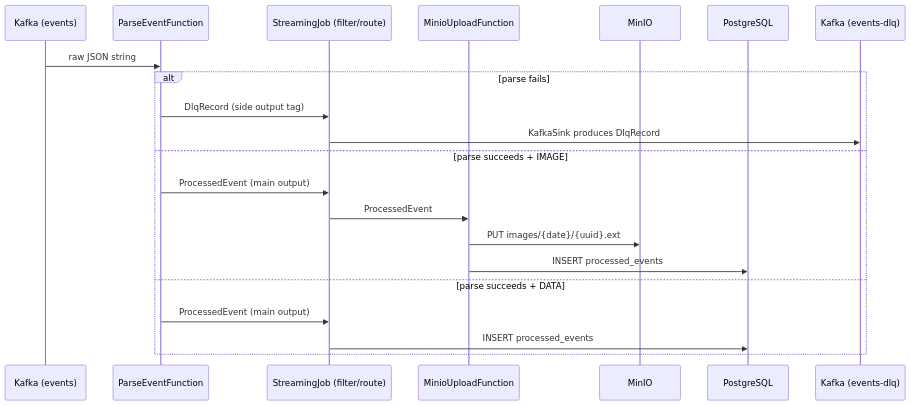
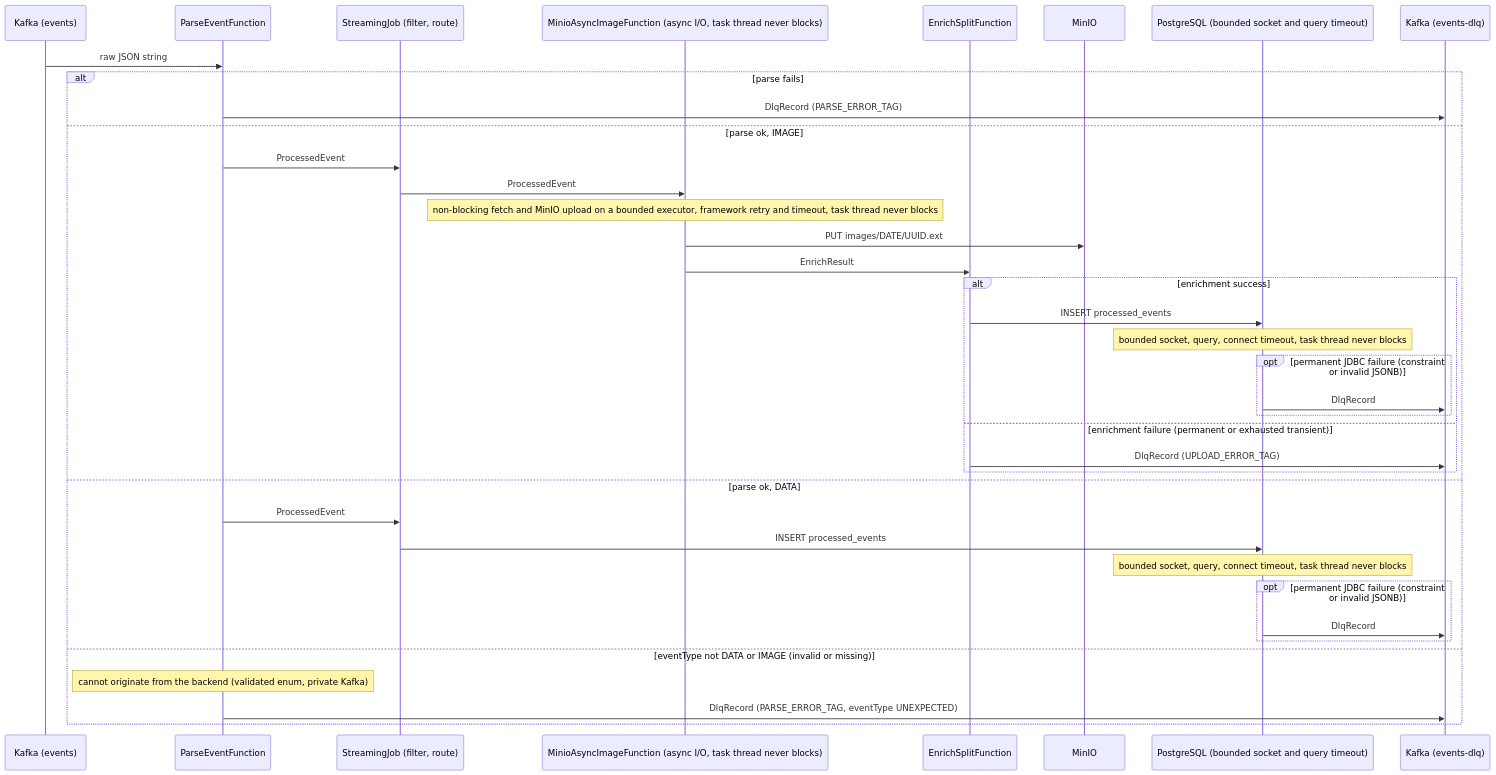
One commit to erancha/springboot-kafka-flink-postgres-minio-pipeline changed the diagram in flink/PIPELINE_FLOW.md. Above: the diagram before and after it, drawn with Mermaid. The commit also changed other lines of this file and 21 other files, not shown here.

First line of the commit message:
refactor(flink): non-blocking image enrichment; bound every external I/O path

````diff
--- a/flink/PIPELINE_FLOW.md
+++ b/flink/PIPELINE_FLOW.md
@@ -48,25 +70,41 @@
 ```mermaid
 sequenceDiagram
     participant K as Kafka (events)
     participant PEF as ParseEventFunction
-    participant SJ as StreamingJob (filter/route)
-    participant MU as MinioUploadFunction
+    participant SJ as StreamingJob (filter, route)
+    participant ASYNC as MinioAsyncImageFunction (async I/O, task thread never blocks)
+    participant SPLIT as EnrichSplitFunction
     participant MINIO as MinIO
-    participant PG as PostgreSQL
+    participant PG as PostgreSQL (bounded socket and query timeout)
     participant KDLQ as Kafka (events-dlq)
 
     K->>PEF: raw JSON string
-
     alt parse fails
-        PEF->>SJ: DlqRecord (side output tag)
-        SJ->>KDLQ: KafkaSink produces DlqRecord
-    else parse succeeds + IMAGE
-        PEF->>SJ: ProcessedEvent (main output)
-        SJ->>MU: ProcessedEvent
-        MU->>MINIO: PUT images/{date}/{uuid}.ext
-        MU->>PG: INSERT processed_events
-    else parse succeeds + DATA
-        PEF->>SJ: ProcessedEvent (main output)
+        PEF->>KDLQ: DlqRecord (PARSE_ERROR_TAG)
+    else parse ok, IMAGE
+        PEF->>SJ: ProcessedEvent
+        SJ->>ASYNC: ProcessedEvent
+        Note over ASYNC: non-blocking fetch and MinIO upload on a bounded executor, framework retry and timeout, task thread never blocks
+        ASYNC->>MINIO: PUT images/DATE/UUID.ext
+        ASYNC->>SPLIT: EnrichResult
+        alt enrichment success
+            SPLIT->>PG: INSERT processed_events
+            Note over PG: bounded socket, query, connect timeout, task thread never blocks
+            opt permanent JDBC failure (constraint or invalid JSONB)
+                PG->>KDLQ: DlqRecord
+            end
+        else enrichment failure (permanent or exhausted transient)
+            SPLIT->>KDLQ: DlqRecord (UPLOAD_ERROR_TAG)
+        end
+    else parse ok, DATA
+        PEF->>SJ: ProcessedEvent
         SJ->>PG: INSERT processed_events
+        Note over PG: bounded socket, query, connect timeout, task thread never blocks
+        opt permanent JDBC failure (constraint or invalid JSONB)
+            PG->>KDLQ: DlqRecord
+        end
+    else eventType not DATA or IMAGE (invalid or missing)
+        Note over PEF: cannot originate from the backend (validated enum, private Kafka)
+        PEF->>KDLQ: DlqRecord (PARSE_ERROR_TAG, eventType UNEXPECTED)
     end
 ```
````
